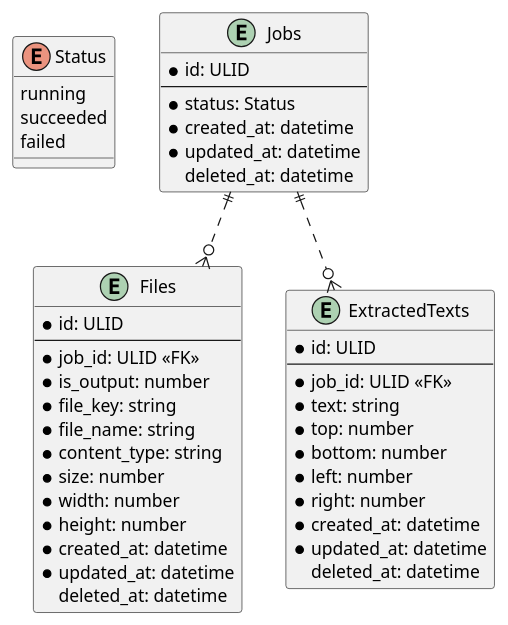
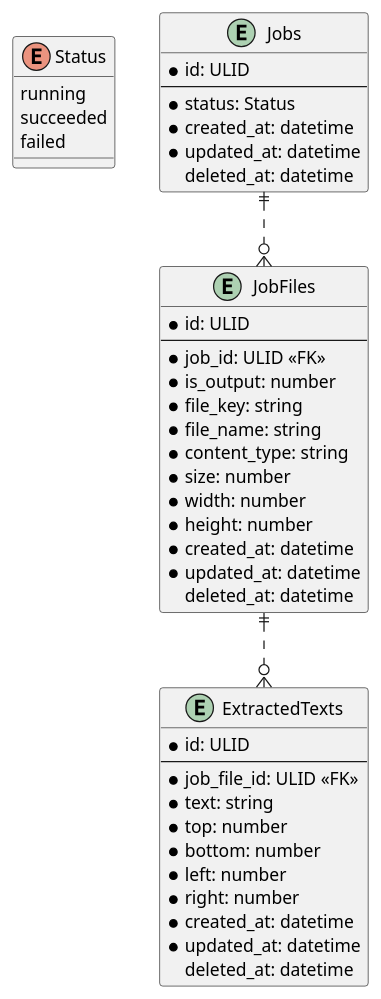
One commit to ijufumi/google-vision-sample changed the diagram in backend/docs/db/tables.puml. Above: the diagram before and after it, drawn with PlantUML.

Commit message:
Fixed ER diagram

```diff
--- a/backend/docs/db/tables.puml
+++ b/backend/docs/db/tables.puml
@@ -1,51 +1,51 @@
 @startuml
 
 enum Status {
   running
   succeeded
   failed
 }
 
 entity Jobs {
   * id: ULID
   --
   * status: Status
   * created_at: datetime
   * updated_at: datetime
     deleted_at: datetime
 }
 
-entity Files {
+entity JobFiles {
   * id: ULID
   --
   * job_id: ULID <<FK>>
   * is_output: number
   * file_key: string
   * file_name: string
   * content_type: string
   * size: number
   * width: number
   * height: number
   * created_at: datetime
   * updated_at: datetime
     deleted_at: datetime
 }
 
 entity ExtractedTexts {
   * id: ULID
   --
-  * job_id: ULID <<FK>>
+  * job_file_id: ULID <<FK>>
   * text: string
   * top: number
   * bottom: number
   * left: number
   * right: number
   * created_at: datetime
   * updated_at: datetime
     deleted_at: datetime
 }
 
-Jobs ||..o{ ExtractedTexts
-Jobs ||..o{ Files
+Jobs ||..o{ JobFiles
+JobFiles ||..o{ ExtractedTexts
 
 @enduml
```
